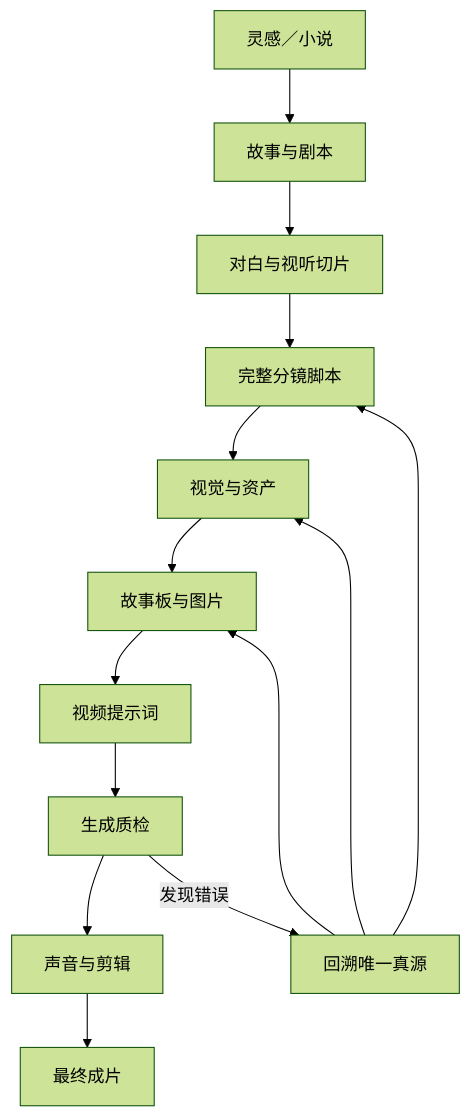
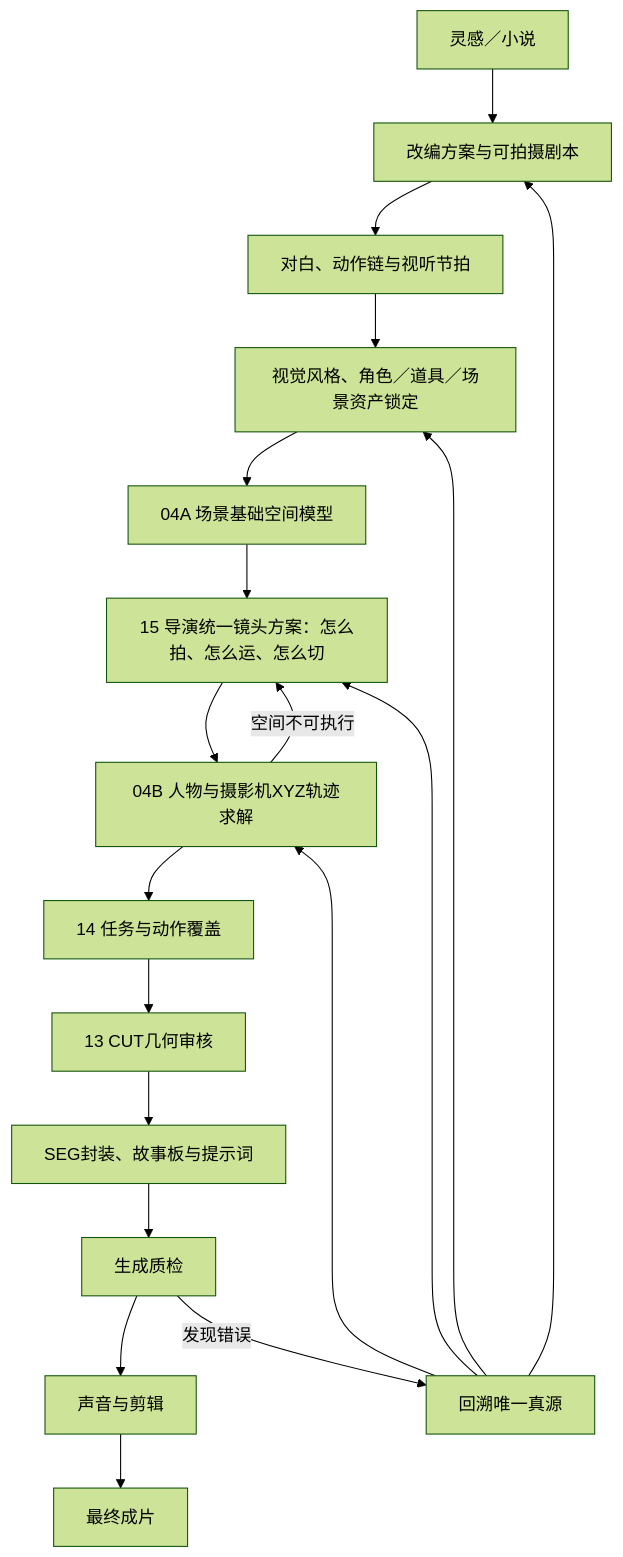
Before and after one commit to sanxsnr/ai-short-drama-director: the diagram in README.md, drawn with Mermaid (forest theme). The commit also changed other lines of this file and 29 other files, not shown here.

````diff
--- a/README.md
+++ b/README.md
@@ -228,16 +230,21 @@
 ```mermaid
 flowchart TD
-    A["灵感／小说"] --> B["故事与剧本"]
-    B --> C["对白与视听切片"]
-    C --> D["完整分镜脚本"]
-    D --> E["视觉与资产"]
-    E --> F["故事板与图片"]
-    F --> G["视频提示词"]
-    G --> H["生成质检"]
-    H --> I["声音与剪辑"]
-    I --> J["最终成片"]
-    H -->|"发现错误"| K["回溯唯一真源"]
-    K --> D
-    K --> E
-    K --> F
+    A["灵感／小说"] --> B["改编方案与可拍摄剧本"]
+    B --> C["对白、动作链与视听节拍"]
+    C --> D["视觉风格、角色／道具／场景资产锁定"]
+    D --> E["04A 场景基础空间模型"]
+    E --> F["15 导演统一镜头方案：怎么拍、怎么运、怎么切"]
+    F --> G["04B 人物与摄影机XYZ轨迹求解"]
+    G -->|"空间不可执行"| F
+    G --> H["14 任务与动作覆盖"]
+    H --> I["13 CUT几何审核"]
+    I --> J["SEG封装、故事板与提示词"]
+    J --> K["生成质检"]
+    K --> L["声音与剪辑"]
+    L --> M["最终成片"]
+    K -->|"发现错误"| N["回溯唯一真源"]
+    N --> B
+    N --> D
+    N --> F
+    N --> G
 ```
````
